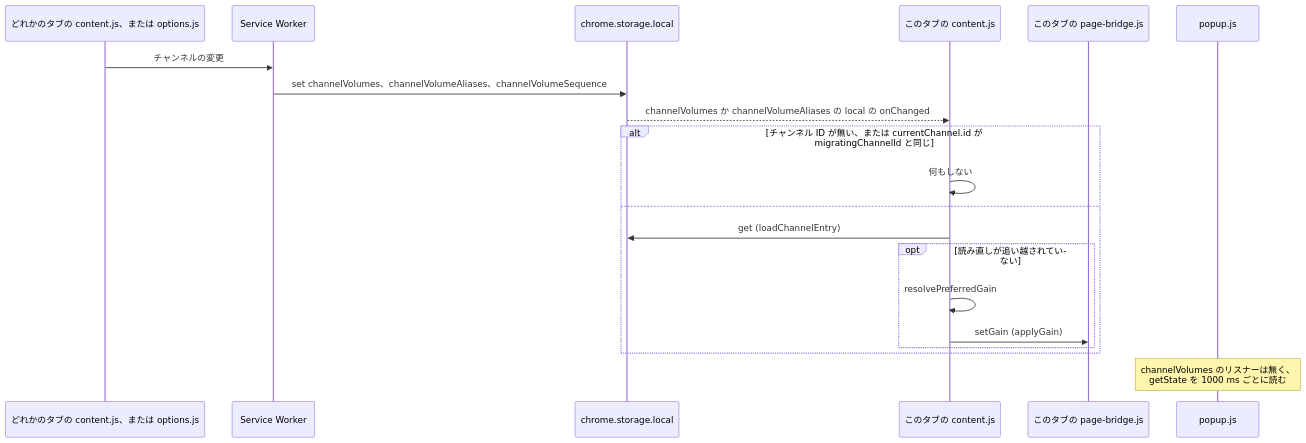
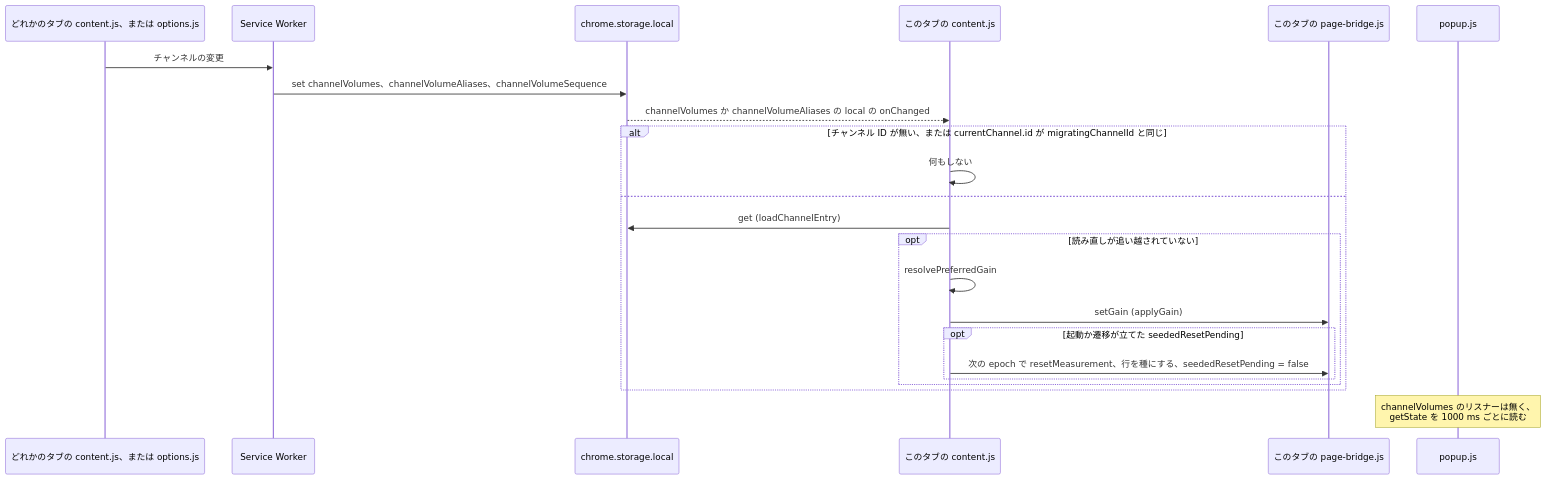
Before and after one commit to semnil/twitch-channel-volume: diagram 15 of 17 in docs/gain-change-and-save.ja.md, drawn with Mermaid. The commit also changed other lines of this file and 4 other files, not shown here.

First line of the commit message:
fix: send the seeded measurement reset from whichever read of the row wins

````diff
--- a/docs/gain-change-and-save.ja.md
+++ b/docs/gain-change-and-save.ja.md
@@ -630,22 +632,25 @@
 ```mermaid
 sequenceDiagram
   participant writer as どれかのタブの content.js、または options.js
   participant sw as Service Worker
   participant storage as chrome.storage.local
   participant content as このタブの content.js
   participant bridge as このタブの page-bridge.js
   participant popup as popup.js
   writer->>sw: チャンネルの変更
   sw->>storage: set channelVolumes、channelVolumeAliases、channelVolumeSequence
   storage-->>content: channelVolumes か channelVolumeAliases の local の onChanged
   alt チャンネル ID が無い、または currentChannel.id が migratingChannelId と同じ
     content->>content: 何もしない
   else
     content->>storage: get (loadChannelEntry)
     opt 読み直しが追い越されていない
       content->>content: resolvePreferredGain
       content->>bridge: setGain (applyGain)
+      opt 起動か遷移が立てた seededResetPending
+        content->>bridge: 次の epoch で resetMeasurement、行を種にする、seededResetPending = false
+      end
     end
   end
   Note over popup: channelVolumes のリスナーは無く、<br>getState を 1000 ms ごとに読む
 ```
````
